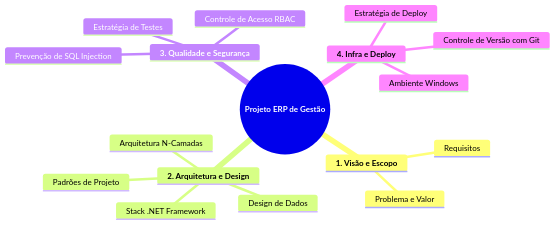
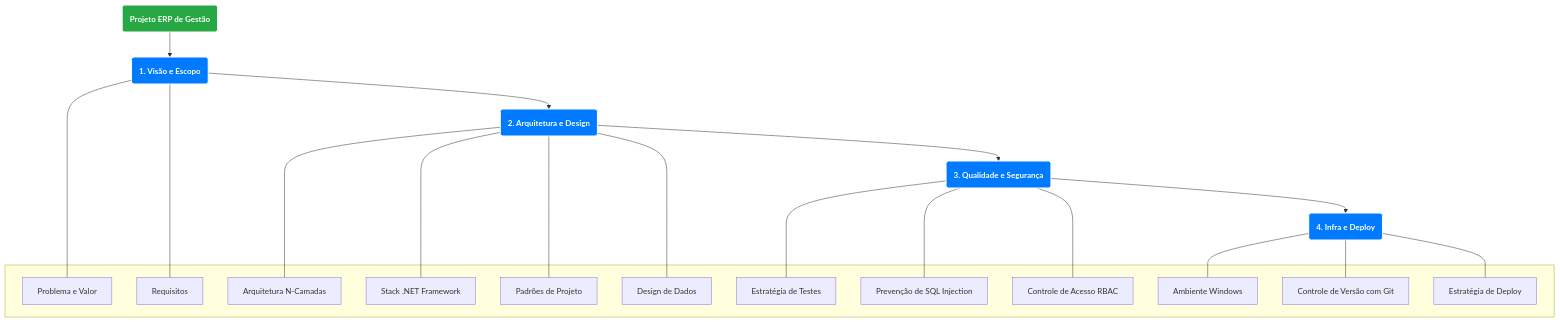
The first of 3 diagrams in README.md (Naasso/Sistema-de-Gest-o-Empresarial-Full-Stack), drawn with Mermaid before and after one commit.

````diff
--- a/README.md
+++ b/README.md
@@ -42,20 +42,52 @@
 ```mermaid
-mindmap
-  root((**Projeto ERP de Gestão**))
-    **1. Visão e Escopo**
-      Problema e Valor
-      Requisitos
-    **2. Arquitetura e Design**
-      Arquitetura N-Camadas
-      Stack .NET Framework
-      Padrões de Projeto
-      Design de Dados
-    **3. Qualidade e Segurança**
-      Estratégia de Testes
-      Prevenção de SQL Injection
-      Controle de Acesso RBAC
-    **4. Infra e Deploy**
-      Ambiente Windows
-      Controle de Versão com Git
-      Estratégia de Deploy
+graph TD
+    %% Título Principal
+    ERP("<b>Projeto ERP de Gestão</b>")
+
+    %% Definição dos Títulos das Seções
+    Cat1("<b>1. Visão e Escopo</b>")
+    Cat2("<b>2. Arquitetura e Design</b>")
+    Cat3("<b>3. Qualidade e Segurança</b>")
+    Cat4("<b>4. Infra e Deploy</b>")
+
+    %% Definição dos Itens de cada Seção
+    subgraph " "
+        Item1_1["Problema e Valor"]
+        Item1_2["Requisitos"]
+        
+        Item2_1["Arquitetura N-Camadas"]
+        Item2_2["Stack .NET Framework"]
+        Item2_3["Padrões de Projeto"]
+        Item2_4["Design de Dados"]
+        
+        Item3_1["Estratégia de Testes"]
+        Item3_2["Prevenção de SQL Injection"]
+        Item3_3["Controle de Acesso RBAC"]
+        
+        Item4_1["Ambiente Windows"]
+        Item4_2["Controle de Versão com Git"]
+        Item4_3["Estratégia de Deploy"]
+    end
+
+    %% Links - A Mágica para forçar a verticalidade
+    ERP --> Cat1
+    Cat1 --> Cat2
+    Cat2 --> Cat3
+    Cat3 --> Cat4
+
+    %% Links dos Itens para suas respectivas categorias
+    Cat1 --- Item1_1 & Item1_2
+
+    Cat2 --- Item2_1 & Item2_2 & Item2_3 & Item2_4
+    
+    Cat3 --- Item3_1 & Item3_2 & Item3_3
+    
+    Cat4 --- Item4_1 & Item4_2 & Item4_3
+    
+    %% Estilos (Opcional, para deixar mais bonito)
+    style ERP fill:#28a745,stroke:#fff,stroke-width:2px,color:#fff
+    style Cat1 fill:#007bff,stroke:#fff,stroke-width:2px,color:#fff
+    style Cat2 fill:#007bff,stroke:#fff,stroke-width:2px,color:#fff
+    style Cat3 fill:#007bff,stroke:#fff,stroke-width:2px,color:#fff
+    style Cat4 fill:#007bff,stroke:#fff,stroke-width:2px,color:#fff
 ```
````
